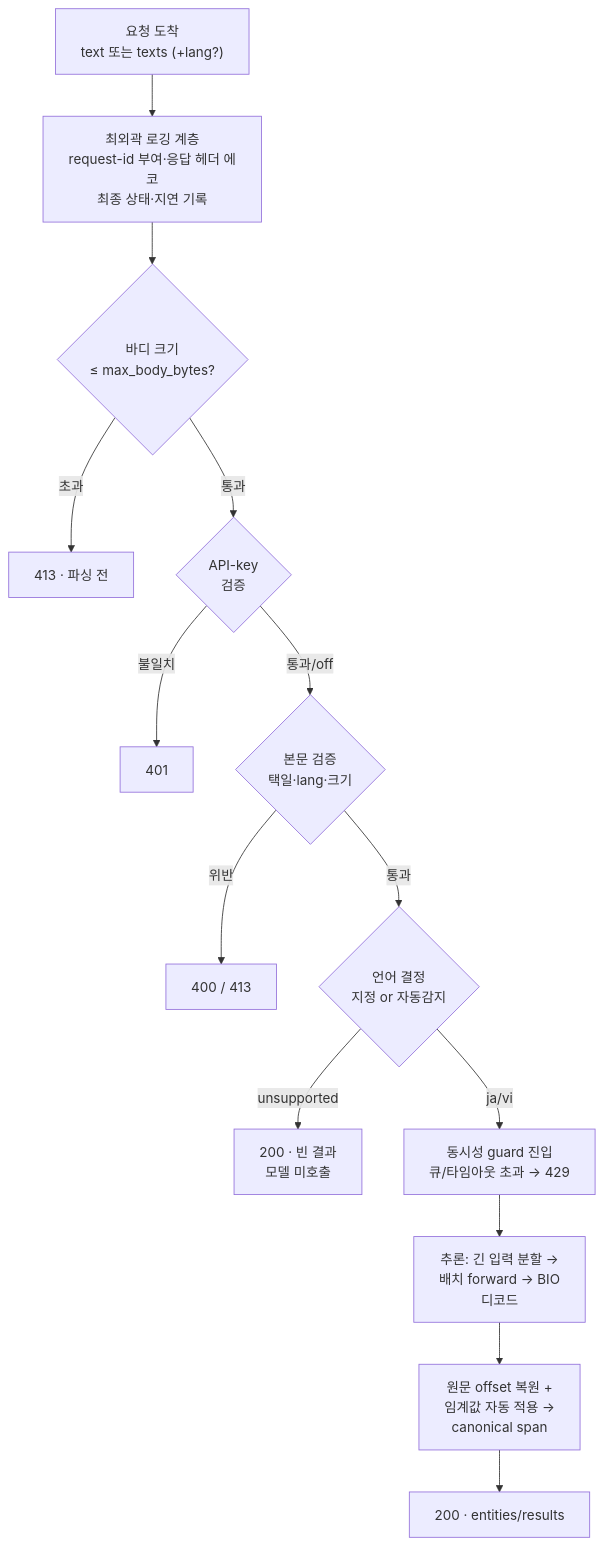
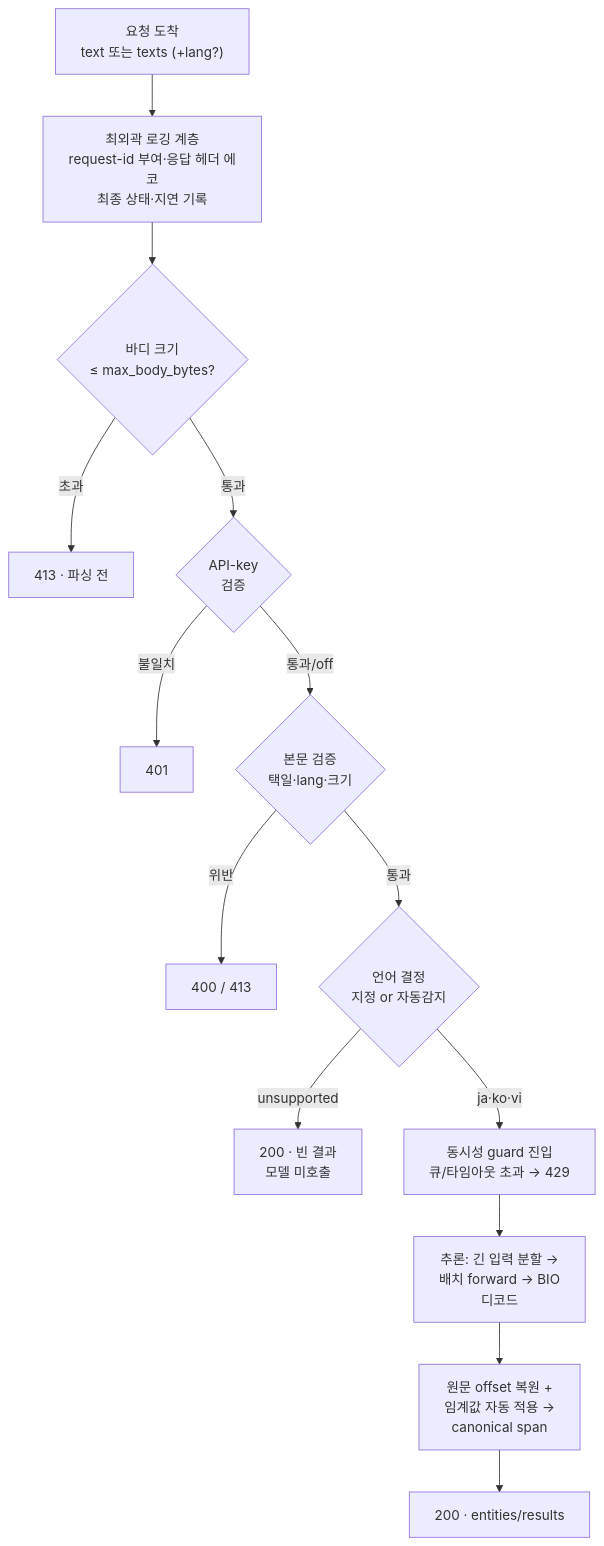
The diagram in docs/manual/rest-api-spec.md (groovallstar/ner-pipeline-public), drawn with Mermaid before and after one commit. The commit also changed other lines of this file and 20 other files, not shown here.

````diff
--- a/docs/manual/rest-api-spec.md
+++ b/docs/manual/rest-api-spec.md
@@ -343,16 +349,16 @@
 ```mermaid
 flowchart TD
     REQ["요청 도착<br/>text 또는 texts (+lang?)"] --> RID["최외곽 로깅 계층<br/>request-id 부여·응답 헤더 에코<br/>최종 상태·지연 기록"]
     RID --> BODY{"바디 크기<br/>≤ max_body_bytes?"}
     BODY -->|초과| E413B["413 · 파싱 전"]
     BODY -->|통과| AUTH{"API-key<br/>검증"}
     AUTH -->|불일치| E401["401"]
     AUTH -->|통과/off| VAL{"본문 검증<br/>택일·lang·크기"}
     VAL -->|위반| ERR["400 / 413"]
     VAL -->|통과| LANG{"언어 결정<br/>지정 or 자동감지"}
     LANG -->|unsupported| EMPTY["200 · 빈 결과<br/>모델 미호출"]
-    LANG -->|ja/vi| GUARD["동시성 guard 진입<br/>큐/타임아웃 초과 → 429"]
+    LANG -->|"ja·ko·vi"| GUARD["동시성 guard 진입<br/>큐/타임아웃 초과 → 429"]
     GUARD --> INFER["추론: 긴 입력 분할 →<br/>배치 forward → BIO<br/>디코드"]
     INFER --> CANON["원문 offset 복원 +<br/>임계값 자동 적용 →<br/>canonical span"]
     CANON --> OK["200 · entities/results"]
 ```
````
